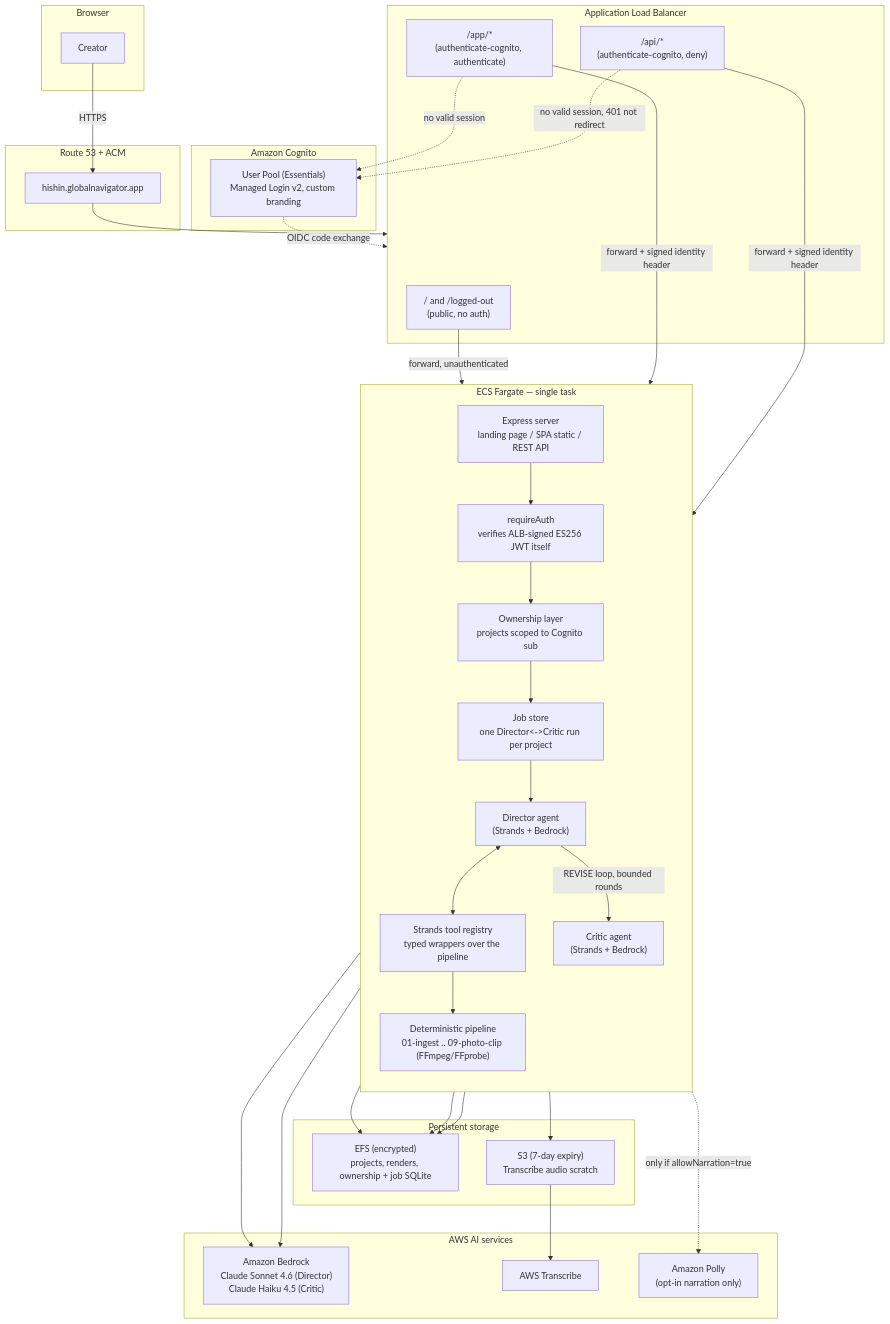
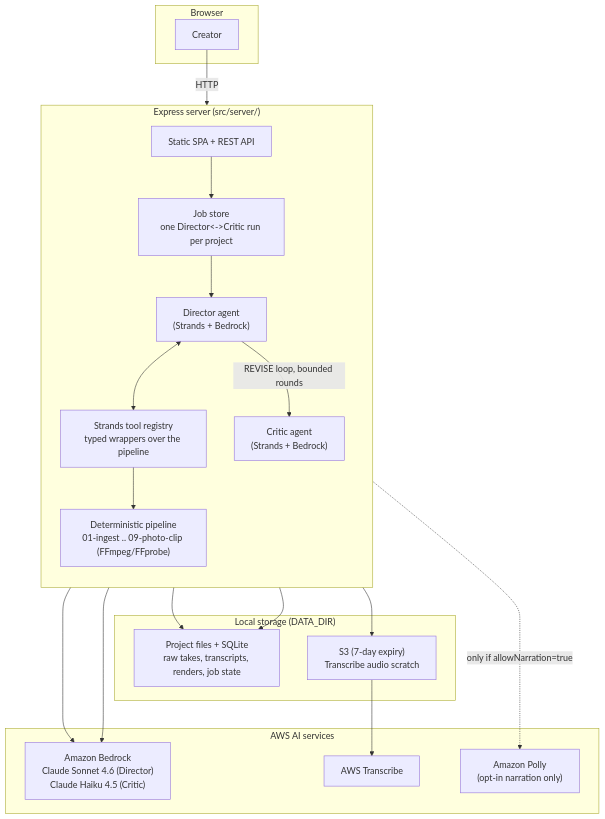
One commit to MENGUEDAVIS/hishin changed the first of 2 diagrams in ARCHITECTURE.md. Above: the diagram before and after it, drawn with Mermaid. The commit also changed other lines of this file and 28 other files, not shown here.

````diff
--- a/ARCHITECTURE.md
+++ b/ARCHITECTURE.md
@@ -11,62 +16,37 @@
 ```mermaid
 flowchart TB
     subgraph Client["Browser"]
         U["Creator"]
     end
 
-    subgraph Edge["Route 53 + ACM"]
-        DNS["hishin.globalnavigator.app"]
-    end
-
-    subgraph LB["Application Load Balancer"]
-        Pub["/ and /logged-out\n(public, no auth)"]
-        Api["/api/*\n(authenticate-cognito, deny)"]
-        App["/app/*\n(authenticate-cognito, authenticate)"]
-    end
-
-    subgraph Idp["Amazon Cognito"]
-        Pool["User Pool (Essentials)\nManaged Login v2, custom branding"]
-    end
-
-    subgraph Compute["ECS Fargate — single task"]
+    subgraph Compute["Express server (src/server/)"]
         direction TB
-        Express["Express server\nlanding page / SPA static / REST API"]
-        Auth["requireAuth\nverifies ALB-signed ES256 JWT itself"]
-        Owner["Ownership layer\nprojects scoped to Cognito sub"]
+        Express["Static SPA + REST API"]
         Jobs["Job store\none Director<->Critic run per project"]
         Pipeline["Deterministic pipeline\n01-ingest .. 09-photo-clip (FFmpeg/FFprobe)"]
         Director["Director agent\n(Strands + Bedrock)"]
         Critic["Critic agent\n(Strands + Bedrock)"]
         Tools["Strands tool registry\ntyped wrappers over the pipeline"]
     end
 
-    subgraph Storage["Persistent storage"]
-        EFS["EFS (encrypted)\nprojects, renders, ownership + job SQLite"]
+    subgraph Storage["Local storage (DATA_DIR)"]
+        Disk["Project files + SQLite\nraw takes, transcripts, renders, job state"]
         S3["S3 (7-day expiry)\nTranscribe audio scratch"]
     end
 
     subgraph AWS["AWS AI services"]
         Bedrock["Amazon Bedrock\nClaude Sonnet 4.6 (Director)\nClaude Haiku 4.5 (Critic)"]
         Transcribe["AWS Transcribe"]
         Polly["Amazon Polly\n(opt-in narration only)"]
     end
 
-    U -->|HTTPS| DNS --> LB
-    Pub -->|forward, unauthenticated| Express
-    App -->|forward + signed identity header| Express
-    Api -->|forward + signed identity header| Express
-    App -.->|no valid session| Pool
-    Api -.->|no valid session, 401 not redirect| Pool
-    Pool -.->|OIDC code exchange| LB
-
-    Express --> Auth --> Owner --> Jobs --> Director
+    U -->|HTTP| Express --> Jobs --> Director
     Director <--> Tools --> Pipeline
-    Pipeline --> EFS
+    Pipeline --> Disk
     Pipeline --> S3 --> Transcribe
     Director --> Bedrock
     Critic --> Bedrock
     Tools -.->|only if allowNarration=true| Polly
     Director -->|REVISE loop, bounded rounds| Critic
-    Owner --> EFS
-    Jobs --> EFS
+    Jobs --> Disk
 ```
````
